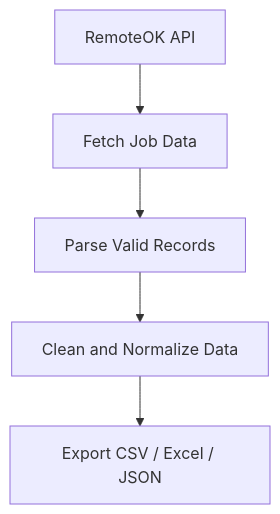
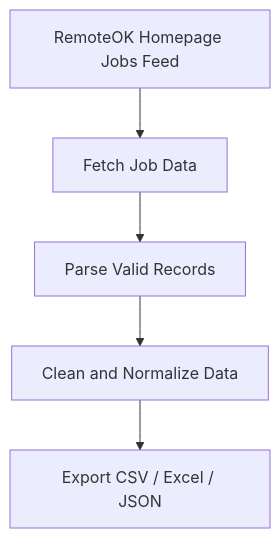
The diagram in README.md (Lautarocuello98/remote-jobs-data-scraper), drawn with Mermaid before and after one commit. The commit also changed other lines of this file and 9 other files, not shown here.

````diff
--- a/README.md
+++ b/README.md
@@ -25,7 +25,7 @@
 ```mermaid
 flowchart TD
-    A[RemoteOK API] --> B[Fetch Job Data]
+    A[RemoteOK Homepage Jobs Feed] --> B[Fetch Job Data]
     B --> C[Parse Valid Records]
     C --> D[Clean and Normalize Data]
     D --> E[Export CSV / Excel / JSON]
 ```
````
